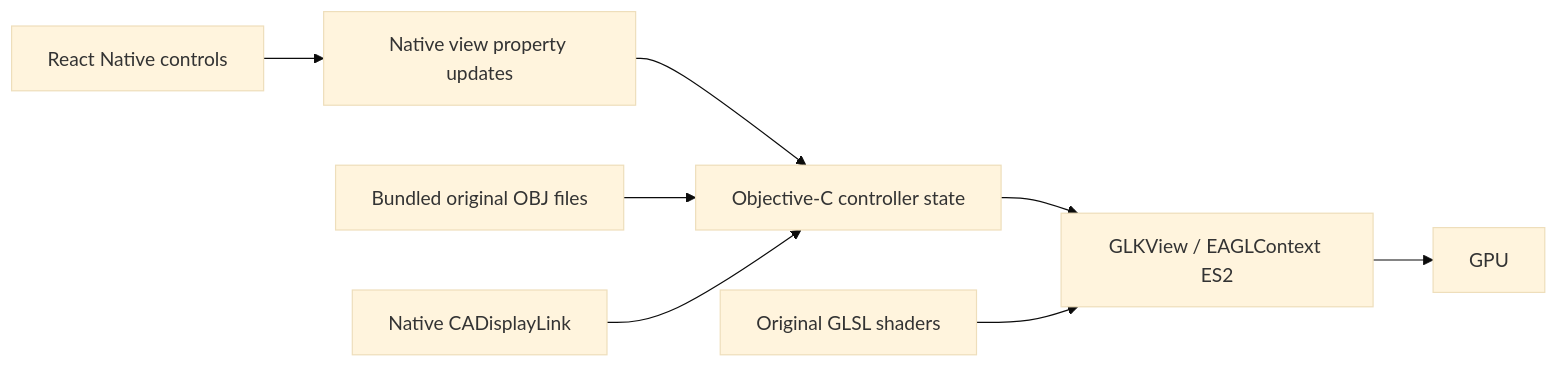
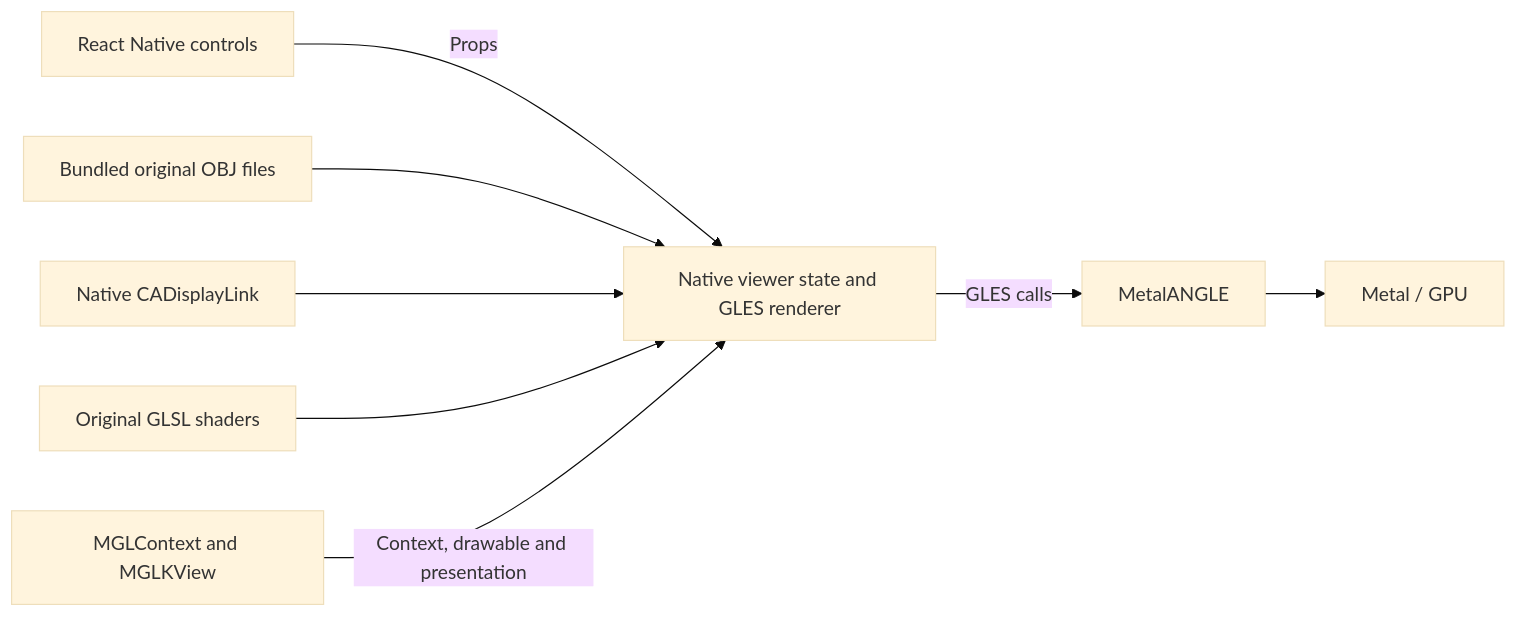
The diagram in docs/ARCHITECTURE.md (SainaS3/play-react-native-opengl), drawn with Mermaid (base theme) before and after one commit. The commit also changed other lines of this file and 13 other files, not shown here.

First line of the commit message:
feat: Integrate MetalANGLE for GLES rendering on iOS

````diff
--- a/docs/ARCHITECTURE.md
+++ b/docs/ARCHITECTURE.md
@@ -20,10 +22,10 @@
 ```mermaid
 flowchart LR
-  UI[React Native controls] --> Props[Native view property updates]
-  Props --> Native[Objective-C controller state]
+  UI[React Native controls] -->|Props| Native[Native viewer state and GLES renderer]
   OBJ[Bundled original OBJ files] --> Native
   Link[Native CADisplayLink] --> Native
-  Native --> GL[GLKView / EAGLContext ES2]
-  Shaders[Original GLSL shaders] --> GL
-  GL --> GPU[GPU]
+  Shaders[Original GLSL shaders] --> Native
+  Native -->|GLES calls| ANGLE[MetalANGLE]
+  ANGLE --> Metal[Metal / GPU]
+  Surface[MGLContext and MGLKView] -->|Context, drawable and presentation| Native
 ```
````
